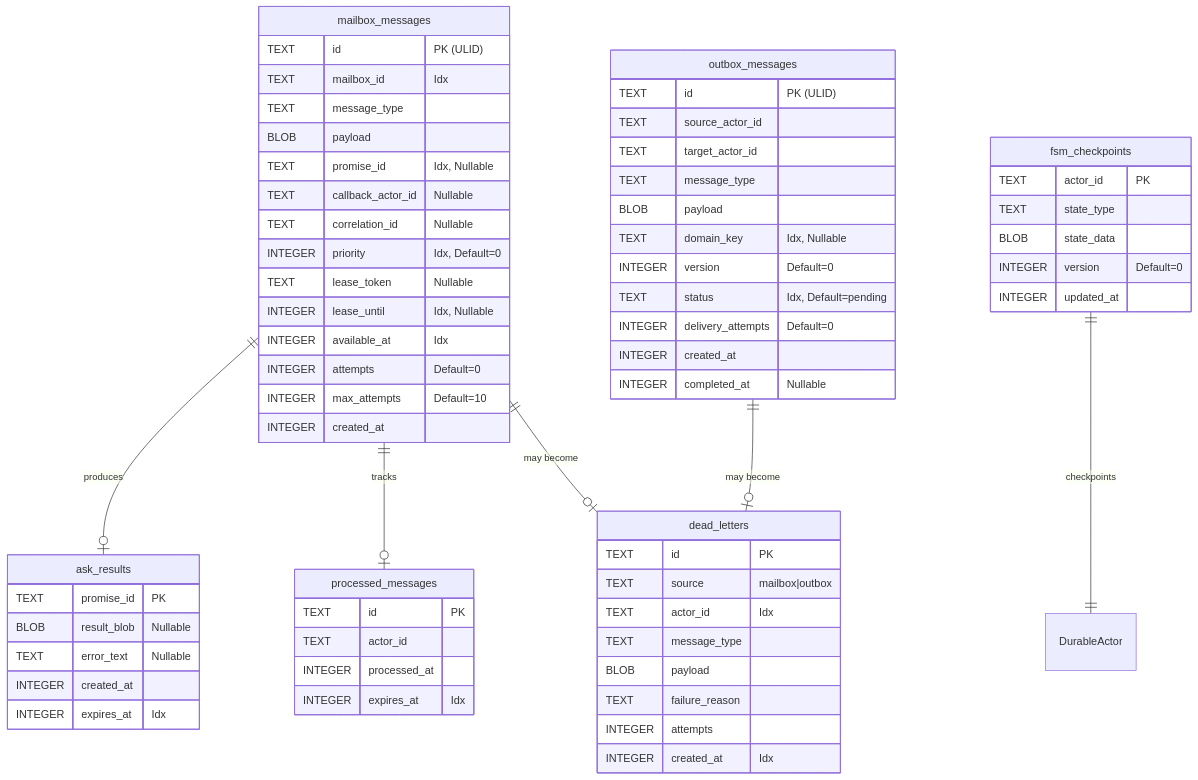
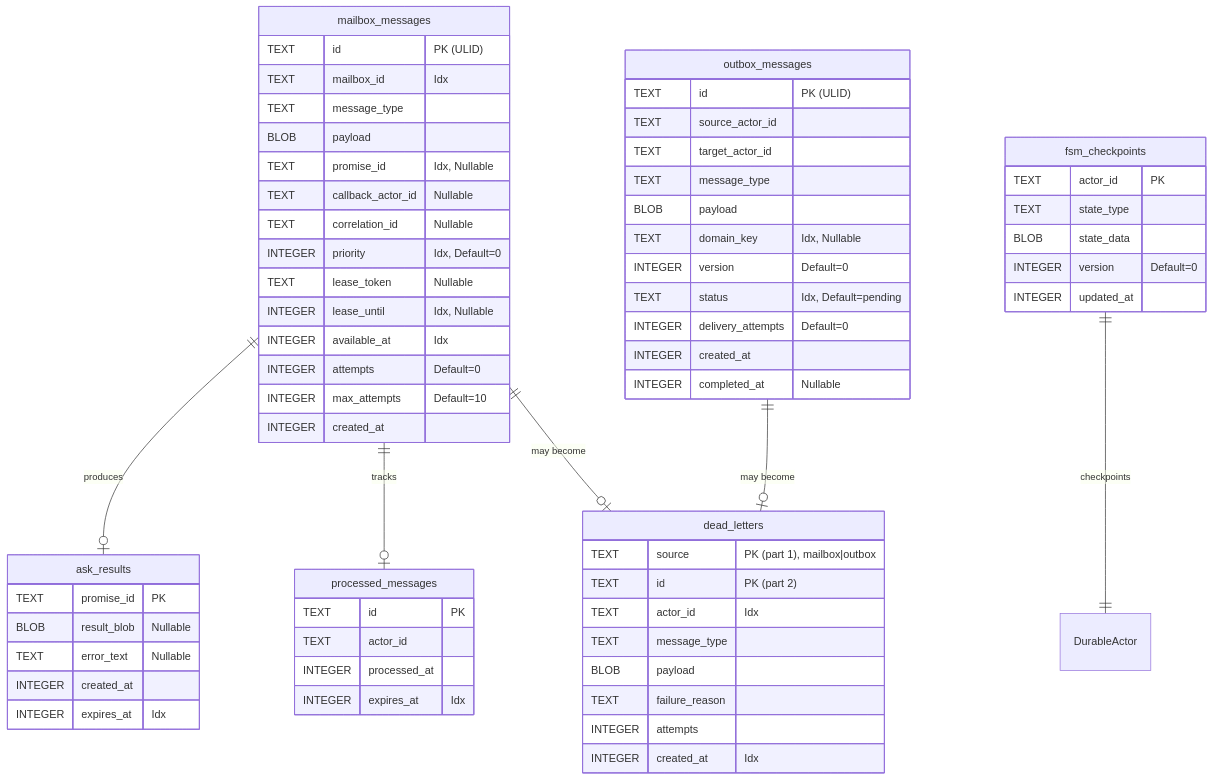
The first of 5 diagrams in db/actor_delivery_store.md (lightninglabs/wavelength), drawn with Mermaid before and after one commit. The commit also changed other lines of this file and 23 other files, not shown here.

````diff
--- a/db/actor_delivery_store.md
+++ b/db/actor_delivery_store.md
@@ -41,73 +42,73 @@
 ```mermaid
 erDiagram
     mailbox_messages ||--o| ask_results : "produces"
     mailbox_messages ||--o| processed_messages : "tracks"
     mailbox_messages ||--o| dead_letters : "may become"
     outbox_messages ||--o| dead_letters : "may become"
     fsm_checkpoints ||--|| DurableActor : "checkpoints"
 
     mailbox_messages {
         TEXT id "PK (ULID)"
         TEXT mailbox_id "Idx"
         TEXT message_type
         BLOB payload
         TEXT promise_id "Idx, Nullable"
         TEXT callback_actor_id "Nullable"
         TEXT correlation_id "Nullable"
         INTEGER priority "Idx, Default=0"
         TEXT lease_token "Nullable"
         INTEGER lease_until "Idx, Nullable"
         INTEGER available_at "Idx"
         INTEGER attempts "Default=0"
         INTEGER max_attempts "Default=10"
         INTEGER created_at
     }
 
     outbox_messages {
         TEXT id "PK (ULID)"
         TEXT source_actor_id
         TEXT target_actor_id
         TEXT message_type
         BLOB payload
         TEXT domain_key "Idx, Nullable"
         INTEGER version "Default=0"
         TEXT status "Idx, Default=pending"
         INTEGER delivery_attempts "Default=0"
         INTEGER created_at
         INTEGER completed_at "Nullable"
     }
 
     ask_results {
         TEXT promise_id "PK"
         BLOB result_blob "Nullable"
         TEXT error_text "Nullable"
         INTEGER created_at
         INTEGER expires_at "Idx"
     }
 
     processed_messages {
         TEXT id "PK"
         TEXT actor_id
         INTEGER processed_at
         INTEGER expires_at "Idx"
     }
 
     fsm_checkpoints {
         TEXT actor_id "PK"
         TEXT state_type
         BLOB state_data
         INTEGER version "Default=0"
         INTEGER updated_at
     }
 
     dead_letters {
-        TEXT id "PK"
-        TEXT source "mailbox|outbox"
+        TEXT source "PK (part 1), mailbox|outbox"
+        TEXT id "PK (part 2)"
         TEXT actor_id "Idx"
         TEXT message_type
         BLOB payload
         TEXT failure_reason
         INTEGER attempts
         INTEGER created_at "Idx"
     }
 ```
````
